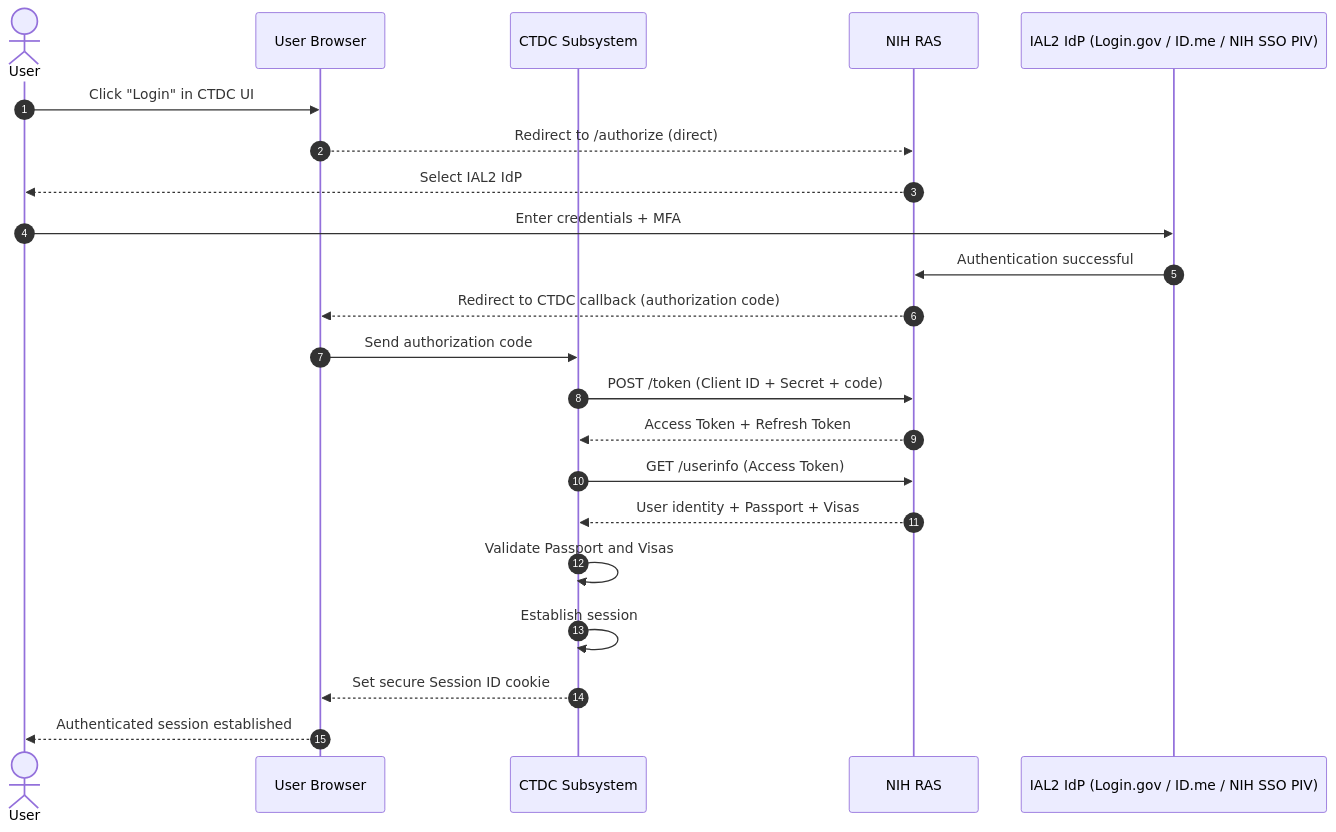
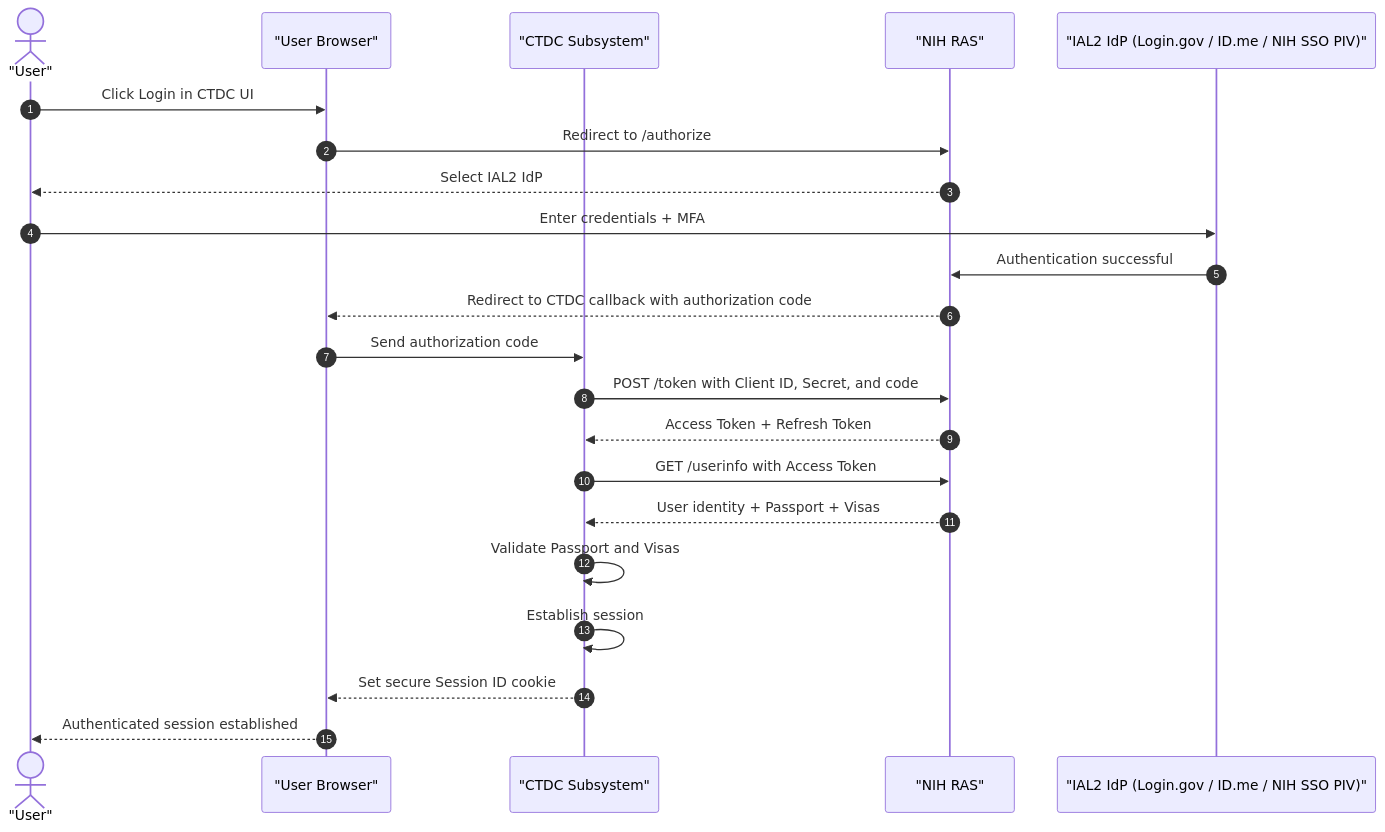
Before and after one commit to CBIIT/crdc-ctdc-authn: the first of 3 diagrams in docs/RAS.md, drawn with Mermaid. The commit also changed other lines of this file and 25 other files, not shown here.

````diff
--- a/docs/RAS.md
+++ b/docs/RAS.md
@@ -83,25 +83,27 @@
 ```mermaid
 sequenceDiagram
 autonumber
-actor User
-participant Browser as User Browser
-participant CTDC as CTDC Subsystem
-participant RAS as NIH RAS
-participant IdP as IAL2 IdP (Login.gov / ID.me / NIH SSO PIV)
 
-User->>Browser: Click "Login" in CTDC UI
-Browser-->>RAS: Redirect to /authorize (direct)
+actor User as "User"
+participant Browser as "User Browser"
+participant CTDC as "CTDC Subsystem"
+participant RAS as "NIH RAS"
+participant IdP as "IAL2 IdP (Login.gov / ID.me / NIH SSO PIV)"
+
+User->>Browser: Click Login in CTDC UI
+Browser->>RAS: Redirect to /authorize
 RAS-->>User: Select IAL2 IdP
 User->>IdP: Enter credentials + MFA
 IdP->>RAS: Authentication successful
-RAS-->>Browser: Redirect to CTDC callback (authorization code)
+RAS-->>Browser: Redirect to CTDC callback with authorization code
 Browser->>CTDC: Send authorization code
-CTDC->>RAS: POST /token (Client ID + Secret + code)
+CTDC->>RAS: POST /token with Client ID, Secret, and code
 RAS-->>CTDC: Access Token + Refresh Token
-CTDC->>RAS: GET /userinfo (Access Token)
+CTDC->>RAS: GET /userinfo with Access Token
 RAS-->>CTDC: User identity + Passport + Visas
 CTDC->>CTDC: Validate Passport and Visas
 CTDC->>CTDC: Establish session
 CTDC-->>Browser: Set secure Session ID cookie
 Browser-->>User: Authenticated session established
+
 ```
````
